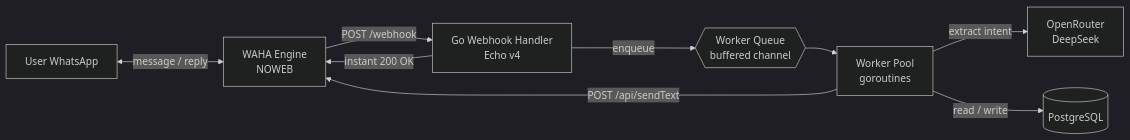
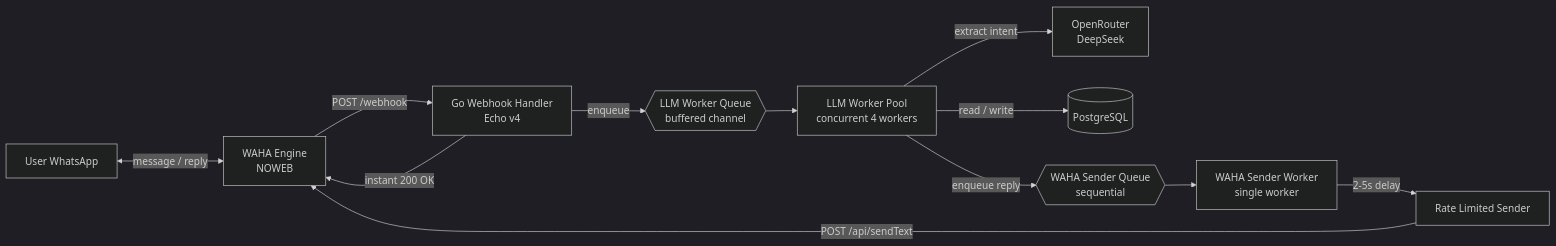
One commit to skyapps-id/smart-ledger-agent changed the first of 5 diagrams in README.md. Above: the diagram before and after it, drawn with Mermaid (dark theme). The commit also changed other lines of this file and 1 other file, not shown here.

First line of the commit message:
Update README with new two-tier worker architecture

````diff
--- a/README.md
+++ b/README.md
@@ -25,11 +25,14 @@
 ```mermaid
 flowchart LR
     U[User WhatsApp] <-->|message / reply| W[WAHA Engine<br/>NOWEB]
     W -->|POST /webhook| H[Go Webhook Handler<br/>Echo v4]
     H -->|instant 200 OK| W
-    H -->|enqueue| Q{{Worker Queue<br/>buffered channel}}
-    Q --> P[Worker Pool<br/>goroutines]
-    P -->|extract intent| LLM[OpenRouter<br/>DeepSeek]
-    P -->|read / write| DB[(PostgreSQL)]
-    P -->|POST /api/sendText| W
+    H -->|enqueue| Q{{LLM Worker Queue<br/>buffered channel}}
+    Q --> L[LLM Worker Pool<br/>concurrent 4 workers]
+    L -->|extract intent| R[OpenRouter<br/>DeepSeek]
+    L -->|read / write| DB[(PostgreSQL)]
+    L -->|enqueue reply| S{{WAHA Sender Queue<br/>sequential}}
+    S --> T[WAHA Sender Worker<br/>single worker]
+    T -->|2-5s delay| U2[Rate Limited Sender]
+    U2 -->|POST /api/sendText| W
 ```
````
